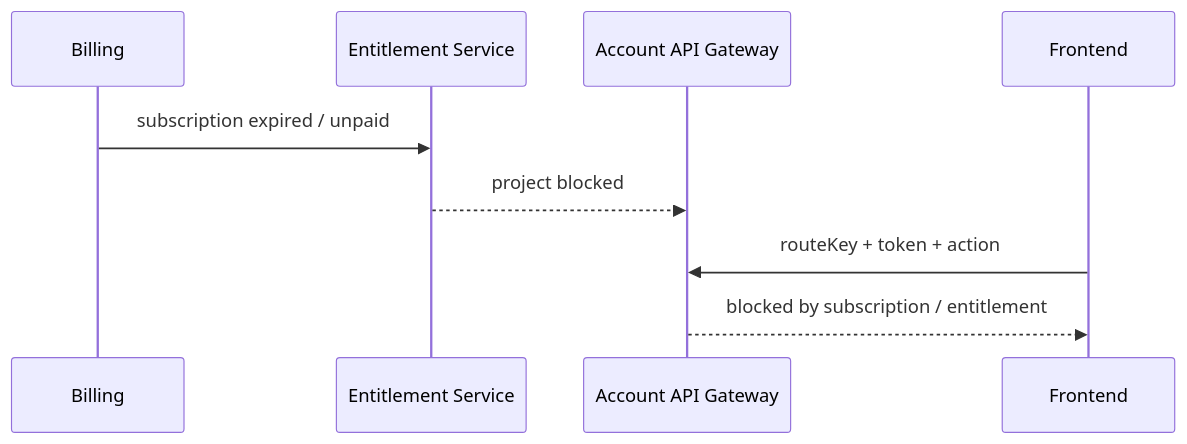
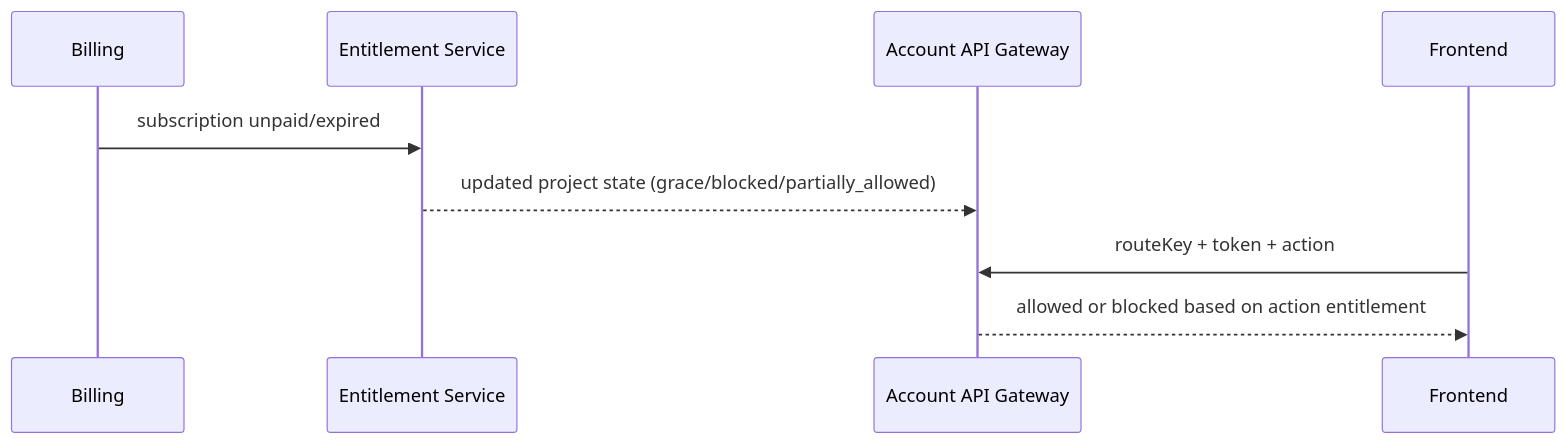
Before and after one commit to yakoodev/DigitalDealsCRM: the eighth of 8 diagrams in docs/architecture_draft/09-data-flows.md, drawn with Mermaid. The commit also changed other lines of this file and 34 other files, not shown here.

Commit message:
docs: consolidate architecture package and add OpenAPI governance

````diff
--- a/docs/architecture_draft/09-data-flows.md
+++ b/docs/architecture_draft/09-data-flows.md
@@ -144,12 +163,12 @@
 ```mermaid
 sequenceDiagram
     participant BILL as Billing
     participant ENT as Entitlement Service
     participant GATE as Account API Gateway
     participant FE as Frontend
 
-    BILL->>ENT: subscription expired / unpaid
-    ENT-->>GATE: project blocked
+    BILL->>ENT: subscription unpaid/expired
+    ENT-->>GATE: updated project state (grace/blocked/partially_allowed)
     FE->>GATE: routeKey + token + action
-    GATE-->>FE: blocked by subscription / entitlement
+    GATE-->>FE: allowed or blocked based on action entitlement
 ```
````
